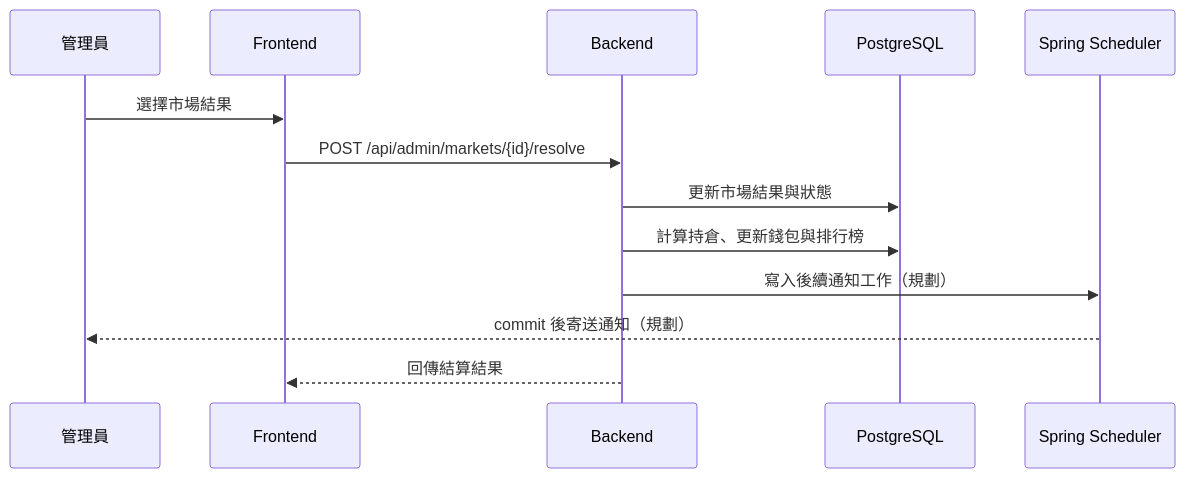
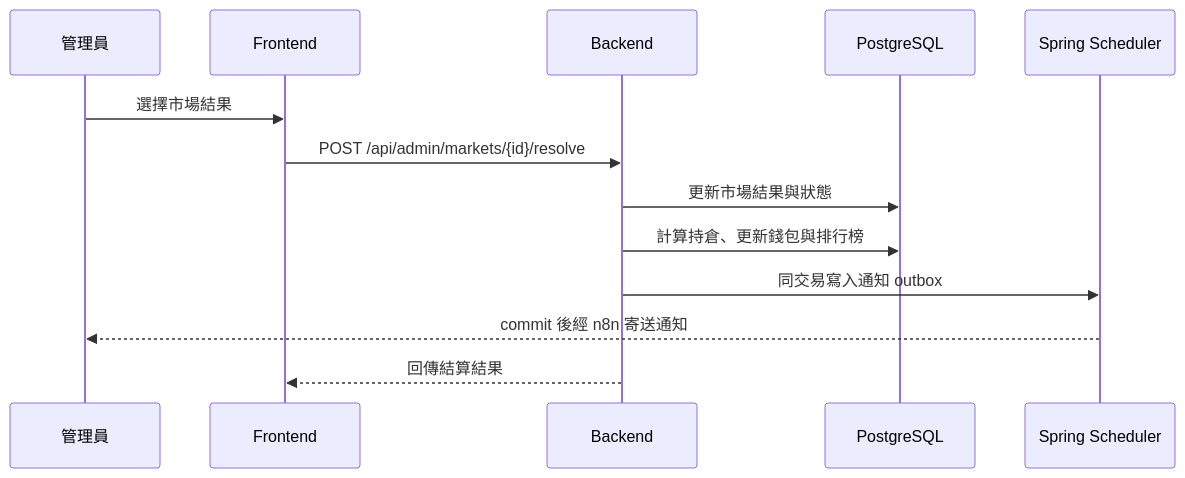
One commit to b2626826-blip/UcMarket changed the fifth of 5 diagrams in docs/系統設計/網站架構.md. Above: the diagram before and after it, drawn with Mermaid. The commit also changed other lines of this file and 24 other files, not shown here.

````diff
--- a/docs/系統設計/網站架構.md
+++ b/docs/系統設計/網站架構.md
@@ -275,16 +285,16 @@
 ```mermaid
 sequenceDiagram
     participant A as 管理員
     participant F as Frontend
     participant B as Backend
     participant D as PostgreSQL
     participant S as Spring Scheduler
 
     A->>F: 選擇市場結果
     F->>B: POST /api/admin/markets/{id}/resolve
     B->>D: 更新市場結果與狀態
     B->>D: 計算持倉、更新錢包與排行榜
-    B->>S: 寫入後續通知工作（規劃）
-    S-->>A: commit 後寄送通知（規劃）
+    B->>S: 同交易寫入通知 outbox
+    S-->>A: commit 後經 n8n 寄送通知
     B-->>F: 回傳結算結果
 ```
````
